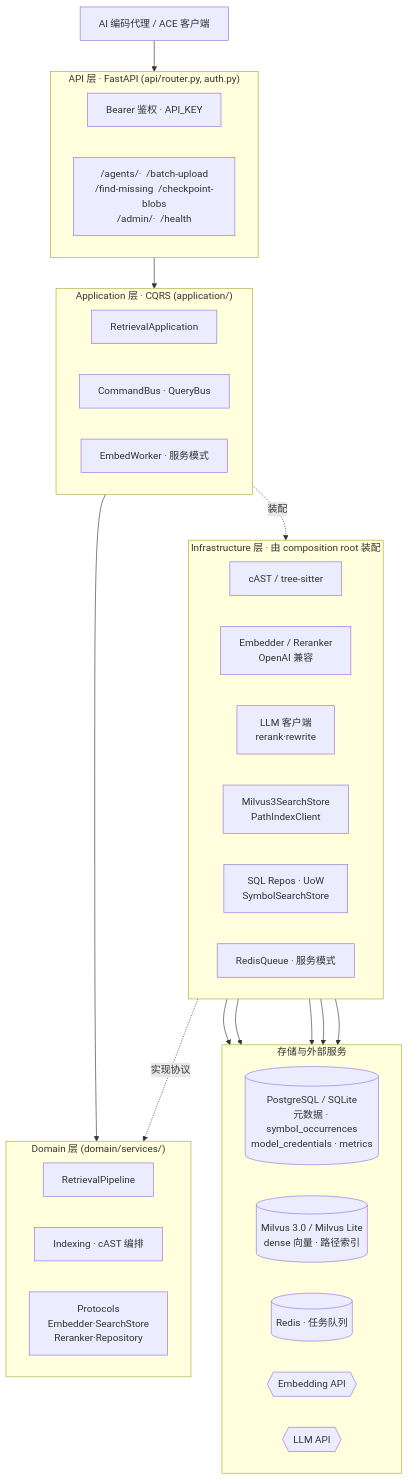
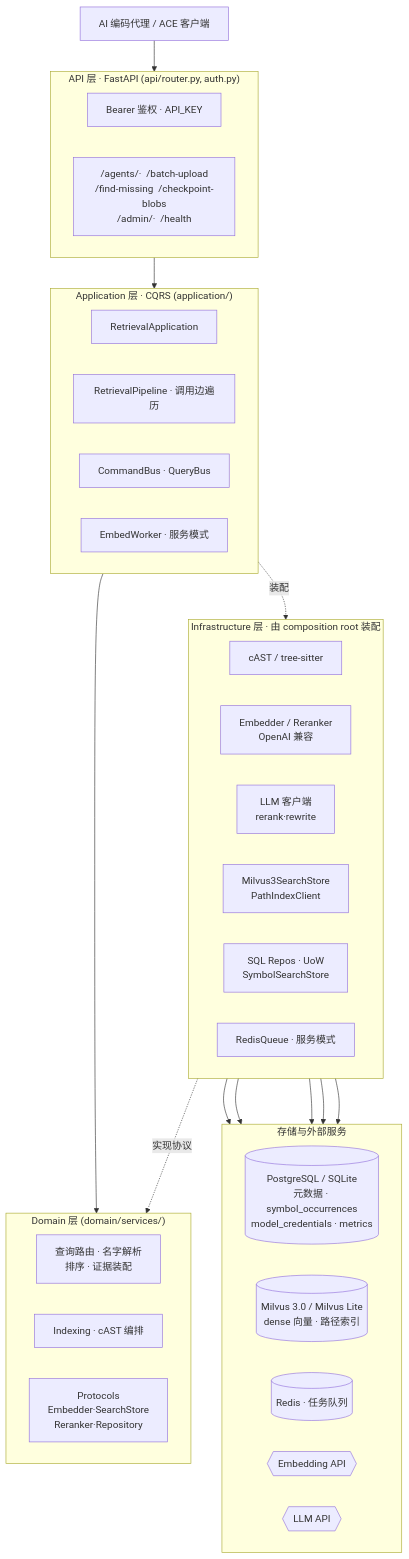
Before and after one commit to JasonEX/oce: the first of 2 diagrams in README.zh-CN.md, drawn with Mermaid. The commit also changed other lines of this file and 40 other files, not shown here.

First line of the commit message:
refactor(retrieval): separate request routing and evidence policies

````diff
--- a/README.zh-CN.md
+++ b/README.zh-CN.md
@@ -383,55 +399,56 @@
 ```mermaid
 flowchart TB
     Client["AI 编码代理 / ACE 客户端"]
 
     subgraph API["API 层 · FastAPI (api/router.py, auth.py)"]
         direction LR
         Auth["Bearer 鉴权 · API_KEY"]
         Endpoints["/agents/·  /batch-upload<br/>/find-missing  /checkpoint-blobs<br/>/admin/·  /health"]
     end
 
     subgraph APP["Application 层 · CQRS (application/)"]
         direction LR
         AppSvc["RetrievalApplication"]
+        Pipeline["RetrievalPipeline · 调用边遍历"]
         Buses["CommandBus · QueryBus"]
         Worker["EmbedWorker · 服务模式"]
     end
 
     subgraph DOMAIN["Domain 层 (domain/services/)"]
         direction LR
-        Pipeline["RetrievalPipeline"]
+        Policies["查询路由 · 名字解析<br/>排序 · 证据装配"]
         Indexing["Indexing · cAST 编排"]
         Proto["Protocols<br/>Embedder·SearchStore<br/>Reranker·Repository"]
     end
 
     subgraph INFRA["Infrastructure 层 · 由 composition root 装配"]
         direction LR
         Chunker["cAST / tree-sitter"]
         Embed["Embedder / Reranker<br/>OpenAI 兼容"]
         LLMC["LLM 客户端<br/>rerank·rewrite"]
         Vector["Milvus3SearchStore<br/>PathIndexClient"]
         Sql["SQL Repos · UoW<br/>SymbolSearchStore"]
         RedisQ["RedisQueue · 服务模式"]
     end
 
     subgraph STORE["存储与外部服务"]
         direction LR
         DB[("PostgreSQL / SQLite<br/>元数据 · symbol_occurrences<br/>model_credentials · metrics")]
         Milvus[("Milvus 3.0 / Milvus Lite<br/>dense 向量 · 路径索引")]
         Redis[("Redis · 任务队列")]
         EmbedAPI{{"Embedding API"}}
         LLMAPI{{"LLM API"}}
     end
 
     Client --> API
     API --> APP
     APP --> DOMAIN
     APP -. 装配 .-> INFRA
     INFRA -. 实现协议 .-> DOMAIN
 
     Embed --> EmbedAPI
     LLMC --> LLMAPI
     Vector --> Milvus
     Sql --> DB
     RedisQ --> Redis
 ```
````
